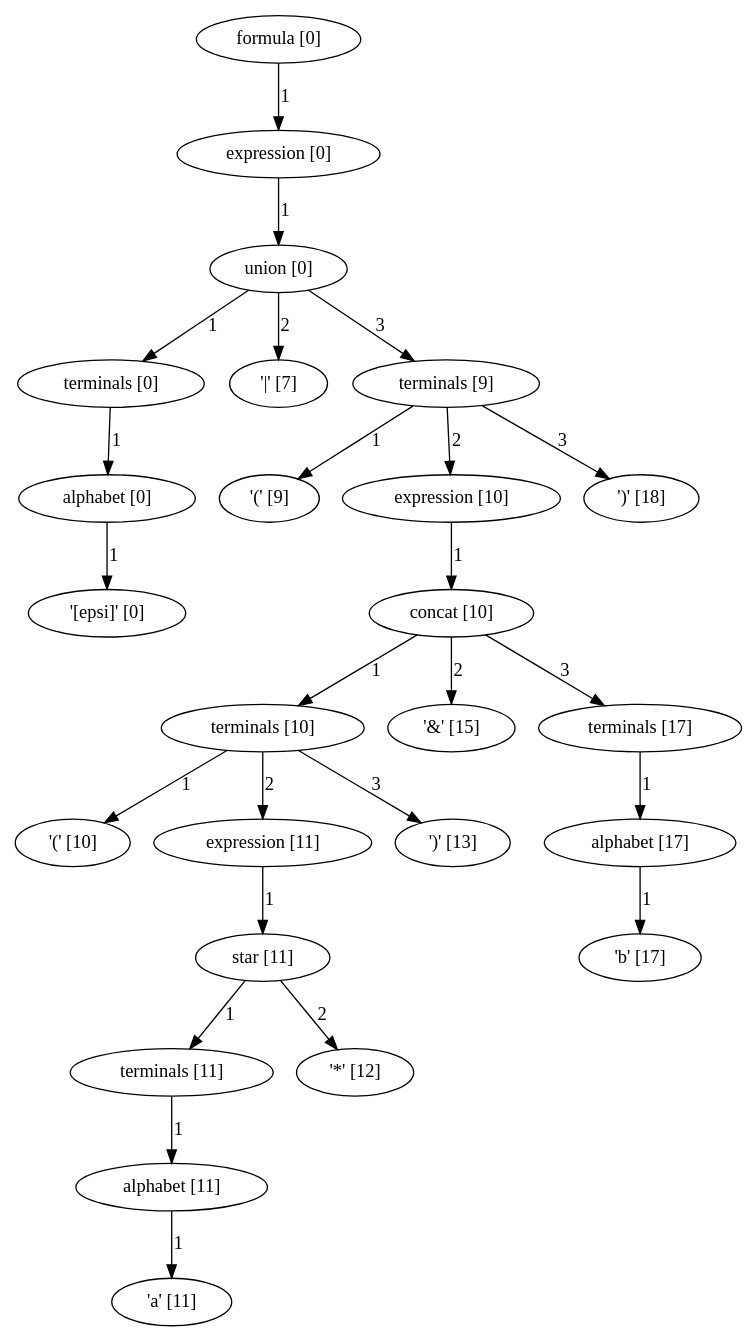
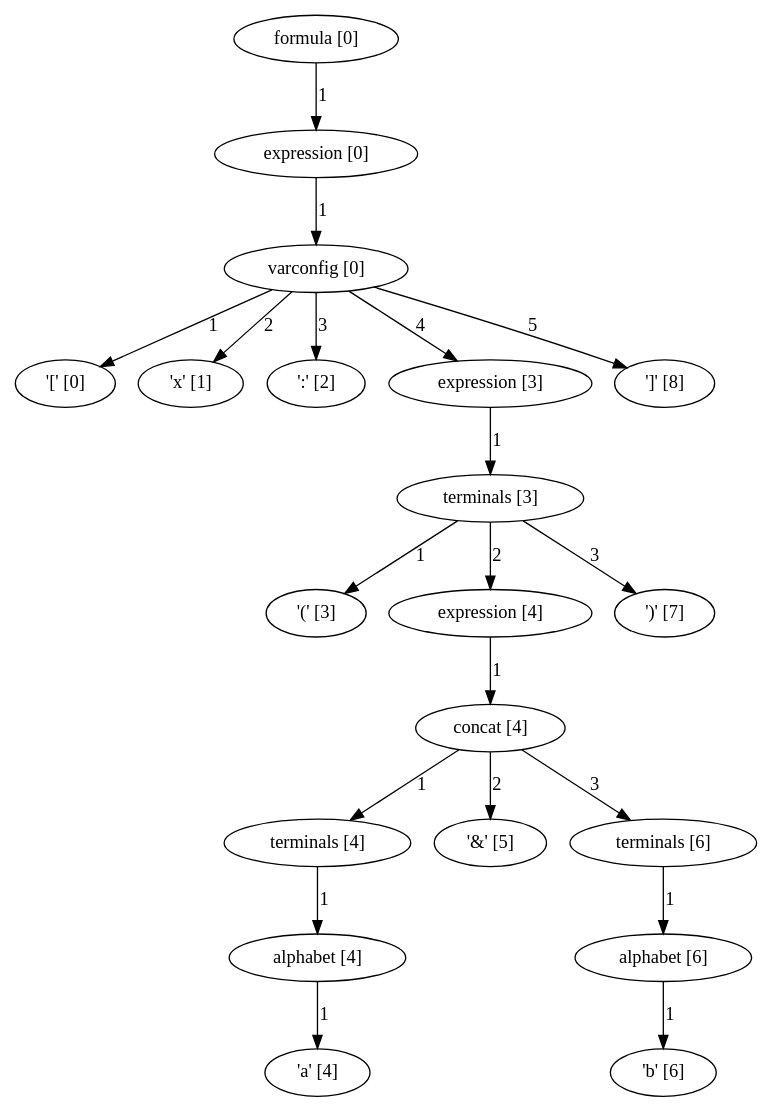
The diagram in formula_parse_tree.dot (yipsimon/DocumentSpanners_MSc), drawn with Graphviz before and after one commit. The commit also changed 8 other files, not shown here.

```diff
--- a/formula_parse_tree.dot
+++ b/formula_parse_tree.dot
@@ -1,75 +1,60 @@
 digraph arpeggio_graph {
-140515476327168 [label="formula [0]"];
-140515476327168->140515476327312 [label="1"]
+139961469837680 [label="formula [0]"];
+139961469837680->139961469837536 [label="1"]
 
-140515476327312 [label="expression [0]"];
-140515476327312->140515460551456 [label="1"]
+139961469837536 [label="expression [0]"];
+139961469837536->139961469838544 [label="1"]
 
-140515460551456 [label="union [0]"];
-140515460551456->140515476327600 [label="1"]
+139961469838544 [label="varconfig [0]"];
+139961469838544->139961469734016 [label="1"]
 
-140515476327600 [label="terminals [0]"];
-140515476327600->140515476327456 [label="1"]
+139961469734016 [label=" '[' [0]"];
+139961469838544->139961469734136 [label="2"]
 
-140515476327456 [label="alphabet [0]"];
-140515476327456->140515460438808 [label="1"]
+139961469734136 [label=" 'x' [1]"];
+139961469838544->139961469786184 [label="3"]
 
-140515460438808 [label=" '[epsi]' [0]"];
-140515460551456->140515460490856 [label="2"]
+139961469786184 [label=" ':' [2]"];
+139961469838544->139961469838256 [label="4"]
 
-140515460490856 [label=" '|' [7]"];
-140515460551456->140515460551312 [label="3"]
+139961469838256 [label="expression [3]"];
+139961469838256->139961485606208 [label="1"]
 
-140515460551312 [label="terminals [9]"];
-140515460551312->140515460490976 [label="1"]
+139961485606208 [label="terminals [3]"];
+139961485606208->139961469786304 [label="1"]
 
-140515460490976 [label=" '(' [9]"];
-140515460551312->140515460551168 [label="2"]
+139961469786304 [label=" '(' [3]"];
+139961485606208->139961485606064 [label="2"]
 
-140515460551168 [label="expression [10]"];
-140515460551168->140515460551024 [label="1"]
+139961485606064 [label="expression [4]"];
+139961485606064->139961485605920 [label="1"]
 
-140515460551024 [label="concat [10]"];
-140515460551024->140515476328176 [label="1"]
+139961485605920 [label="concat [4]"];
+139961485605920->139961485606352 [label="1"]
 
-140515476328176 [label="terminals [10]"];
-140515476328176->140515460491096 [label="1"]
+139961485606352 [label="terminals [4]"];
+139961485606352->139961485606784 [label="1"]
 
-140515460491096 [label=" '(' [10]"];
-140515476328176->140515476328032 [label="2"]
+139961485606784 [label="alphabet [4]"];
+139961485606784->139961469786904 [label="1"]
 
-140515476328032 [label="expression [11]"];
-140515476328032->140515476328320 [label="1"]
+139961469786904 [label=" 'a' [4]"];
+139961485605920->139961469787024 [label="2"]
 
-140515476328320 [label="star [11]"];
-140515476328320->140515476327744 [label="1"]
+139961469787024 [label=" '&' [5]"];
+139961485605920->139961485606640 [label="3"]
 
-140515476327744 [label="terminals [11]"];
-140515476327744->140515476327888 [label="1"]
+139961485606640 [label="terminals [6]"];
+139961485606640->139961485606496 [label="1"]
 
-140515476327888 [label="alphabet [11]"];
-140515476327888->140515460491216 [label="1"]
+139961485606496 [label="alphabet [6]"];
+139961485606496->139961469787144 [label="1"]
 
-140515460491216 [label=" 'a' [11]"];
-140515476328320->140515460491456 [label="2"]
+139961469787144 [label=" 'b' [6]"];
+139961485606208->139961469787264 [label="3"]
 
-140515460491456 [label=" '*' [12]"];
-140515476328176->140515460491336 [label="3"]
+139961469787264 [label=" ')' [7]"];
+139961469838544->139961469787384 [label="5"]
 
-140515460491336 [label=" ')' [13]"];
-140515460551024->140515460491576 [label="2"]
-
-140515460491576 [label=" '&' [15]"];
-140515460551024->140515460550880 [label="3"]
-
-140515460550880 [label="terminals [17]"];
-140515460550880->140515460550736 [label="1"]
-
-140515460550736 [label="alphabet [17]"];
-140515460550736->140515460491696 [label="1"]
-
-140515460491696 [label=" 'b' [17]"];
-140515460551312->140515460491816 [label="3"]
-
-140515460491816 [label=" ')' [18]"];
+139961469787384 [label=" ']' [8]"];
 }
```
